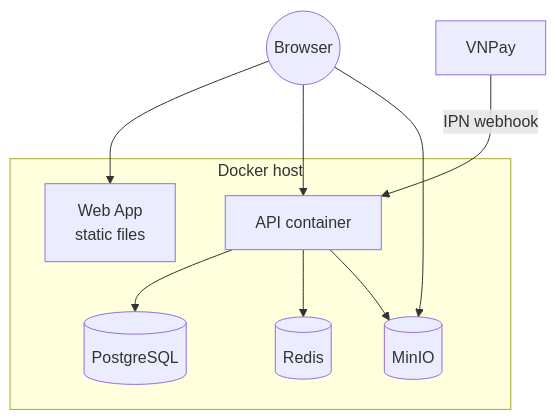
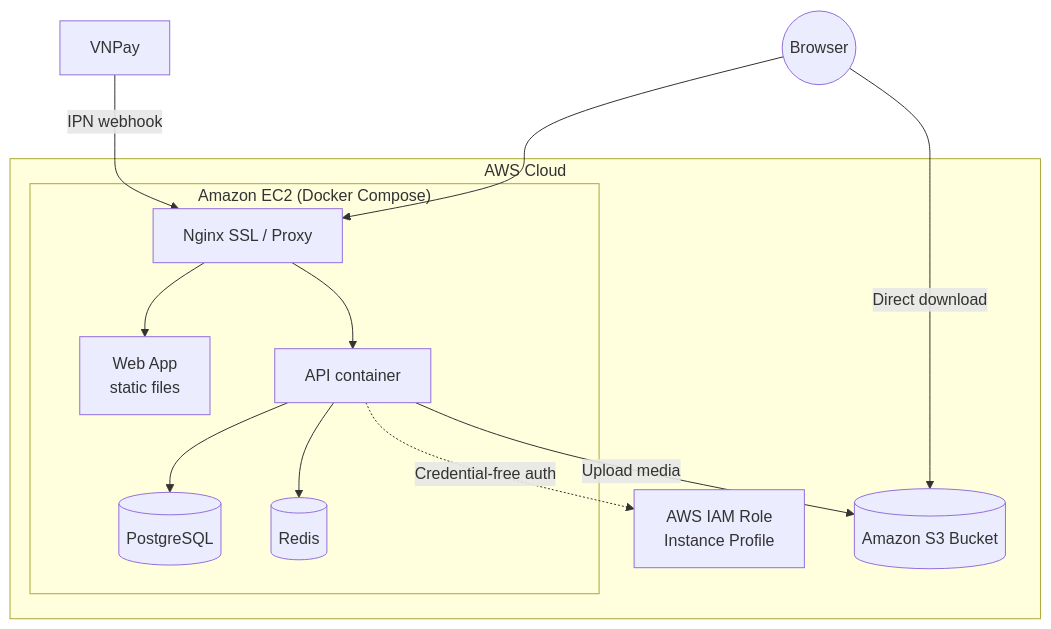
The second of 2 diagrams in docs/03-system-architecture.md (NgMinPhuc/book-website-demo), drawn with Mermaid before and after one commit. The commit also changed other lines of this file and 2 other files, not shown here.

````diff
--- a/docs/03-system-architecture.md
+++ b/docs/03-system-architecture.md
@@ -37,15 +38,23 @@
 ```mermaid
 flowchart TB
-    subgraph Docker host
-        FE[Web App<br/>static files]
-        BE[API container]
-        PG[(PostgreSQL)]
-        RD[(Redis)]
-        MN[(MinIO)]
+    subgraph AWS Cloud
+        subgraph EC2 Host ["Amazon EC2 (Docker Compose)"]
+            Nginx[Nginx SSL / Proxy]
+            FE[Web App<br/>static files]
+            BE[API container]
+            PG[(PostgreSQL)]
+            RD[(Redis)]
+        end
+        IAM[AWS IAM Role<br/>Instance Profile]
+        S3[(Amazon S3 Bucket)]
     end
-    User((Browser)) --> FE
-    User --> BE
-    User --> MN
-    BE --> PG & RD & MN
-    VNPay -->|IPN webhook| BE
+
+    User((Browser)) --> Nginx
+    Nginx --> FE
+    Nginx --> BE
+    BE --> PG & RD
+    BE -.->|Credential-free auth| IAM
+    BE -->|Upload media| S3
+    User -->|Direct download| S3
+    VNPay -->|IPN webhook| Nginx
 ```
````
